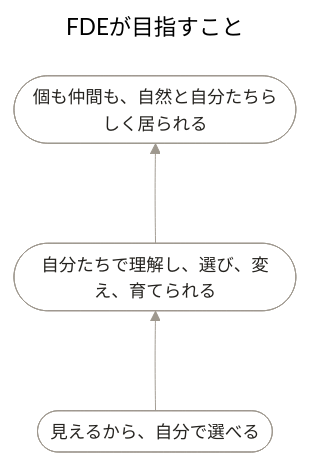
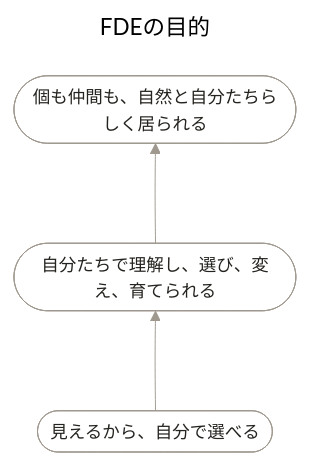
One commit to maakbo/fde changed the first of 10 diagrams in examples/maakbo-fde/README.md. Above: the diagram before and after it, drawn with Mermaid. The commit also changed other lines of this file and 2 other files, not shown here.

````diff
--- a/examples/maakbo-fde/README.md
+++ b/examples/maakbo-fde/README.md
@@ -30,31 +5,32 @@
 ```mermaid
 ---
-title: FDEが目指すこと
+title: FDEの目的
 config:
   layout: dagre
   theme: neutral
   flowchart:
     curve: basis
     diagramPadding: 40
     htmlLabels: true
     nodeSpacing: 64
     rankSpacing: 80
     padding: 12
   themeVariables:
     background: "#FFFFFF"
     lineColor: "#9E988E"
     fontFamily: "Inter, Hiragino Sans, sans-serif"
     fontSize: "14px"
 ---
 flowchart BT
+  %% 矢印は作業の順序ではなく、業務の理解から判断・改善、目的へ至るつながり。
   o_enabling(["見えるから、自分で選べる"])
   s_desired(["自分たちで理解し、選び、変え、育てられる"])
   p_ultimate(["個も仲間も、自然と自分たちらしく居られる"])
 
   o_enabling --> s_desired
   s_desired --> p_ultimate
 
   class o_enabling,s_desired,p_ultimate meaning;
   classDef meaning fill:#FFFFFF,stroke:#9E988E,color:#25231F,stroke-width:0.75px;
   linkStyle default stroke:#9E988E,stroke-width:0.75px;
 ```
````
